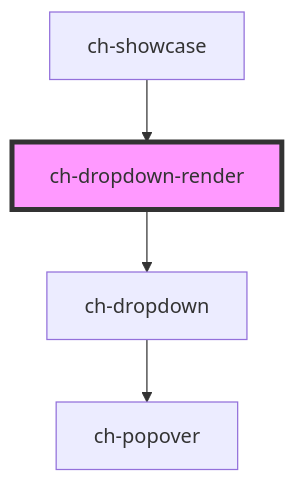
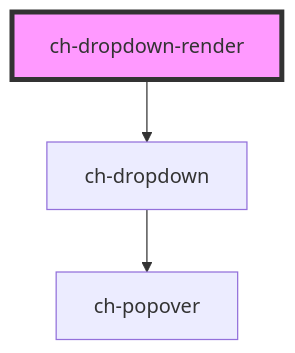
One commit to genexuslabs/chameleon-controls-library changed the diagram in src/components/dropdown/readme.md. Above: the diagram before and after it, drawn with Mermaid. The commit also changed other lines of this file and 25 other files, not shown here.

````diff
--- a/src/components/dropdown/readme.md
+++ b/src/components/dropdown/readme.md
@@ -33,7 +29,6 @@
 ```mermaid
 graph TD;
   ch-dropdown-render --> ch-dropdown
   ch-dropdown --> ch-popover
-  ch-showcase --> ch-dropdown-render
   style ch-dropdown-render fill:#f9f,stroke:#333,stroke-width:4px
 ```
````
